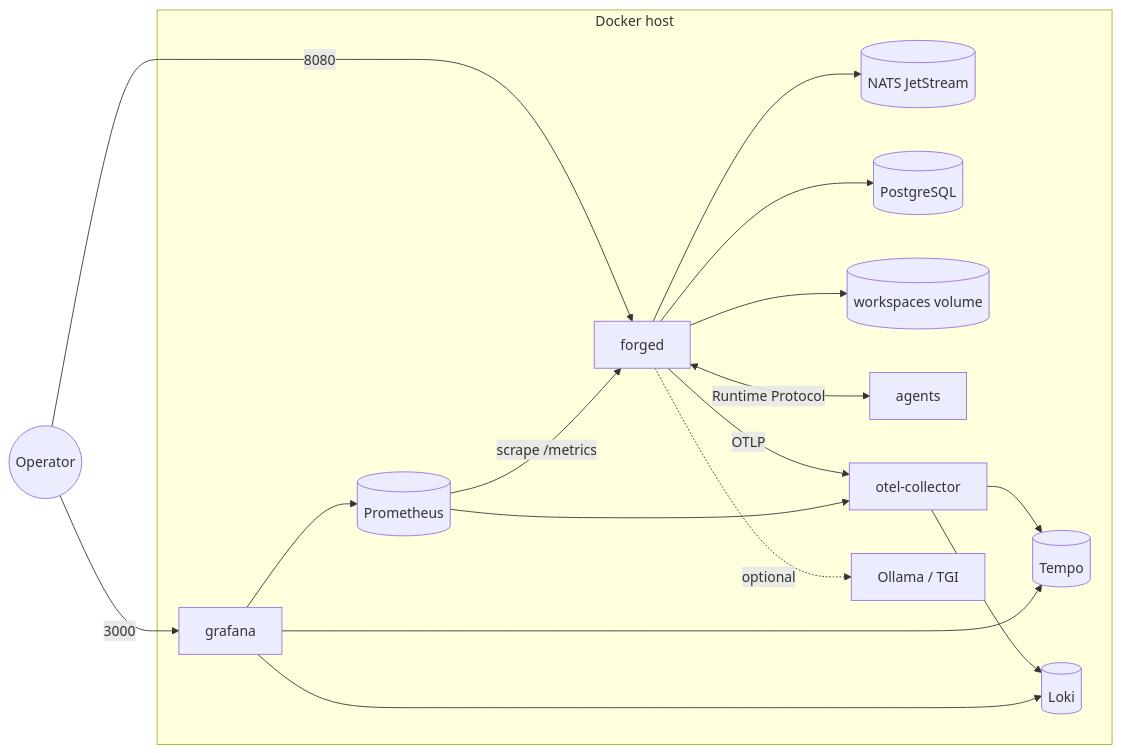
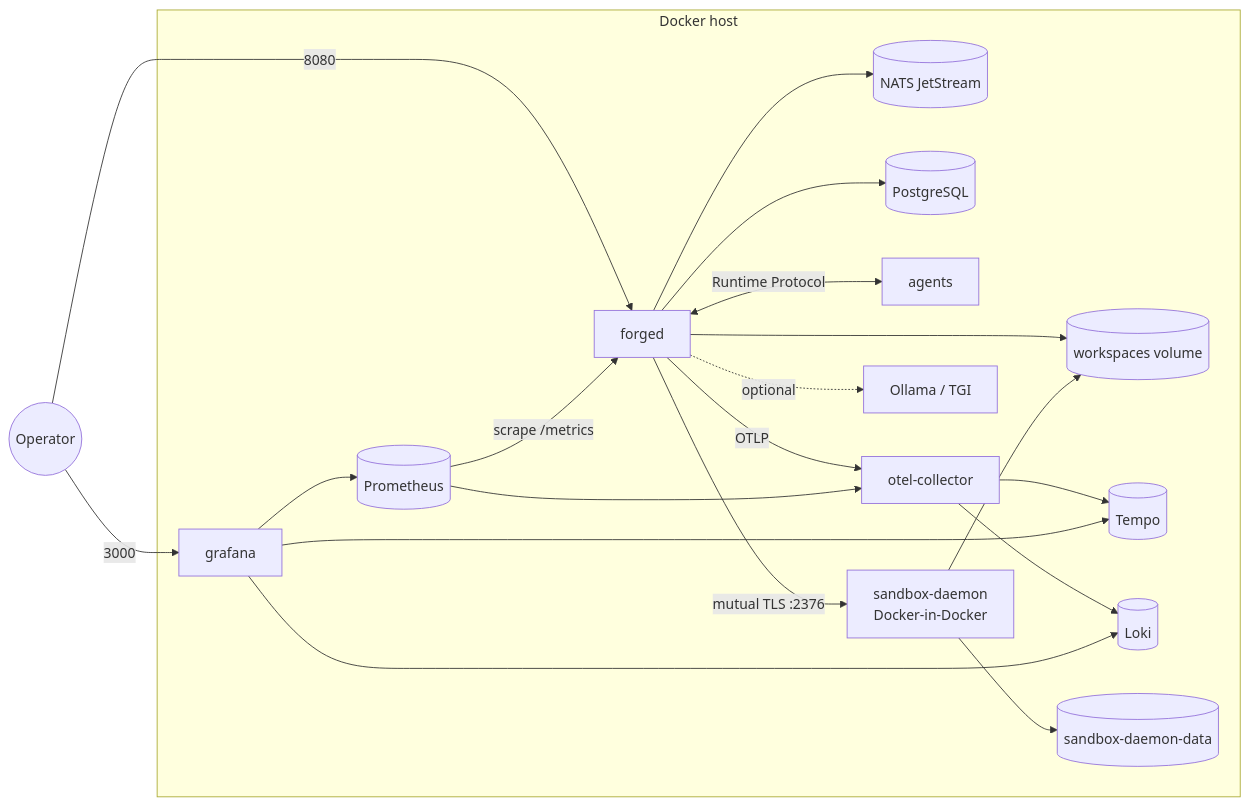
Before and after one commit to woliveiras/le-forge: the first of 3 diagrams in docs/deployment.md, drawn with Mermaid. The commit also changed other lines of this file and 32 other files, not shown here.

First line of the commit message:
feat: implement dedicated Docker-in-Docker sandbox runtime

````diff
--- a/docs/deployment.md
+++ b/docs/deployment.md
@@ -17,17 +19,20 @@
 ```mermaid
 flowchart LR
   user((Operator)) -->|8080| forged
   user -->|3000| grafana
   subgraph host[Docker host]
     forged[forged] --> nats[(NATS JetStream)]
     forged --> pg[(PostgreSQL)]
     forged --> ws[(workspaces volume)]
     forged <-->|Runtime Protocol| agents[agents]
     forged -->|OTLP| otel[otel-collector]
     otel --> tempo[(Tempo)] & loki[(Loki)]
     prom[(Prometheus)] -->|scrape /metrics| forged
     prom --> otel
     grafana --> prom & tempo & loki
     forged -. optional .-> ollama[Ollama / TGI]
+    forged -->|mutual TLS :2376| sbx[sandbox-daemon<br/>Docker-in-Docker]
+    sbx --> ws
+    sbx --> sbxdata[(sandbox-daemon-data)]
   end
 ```
````
